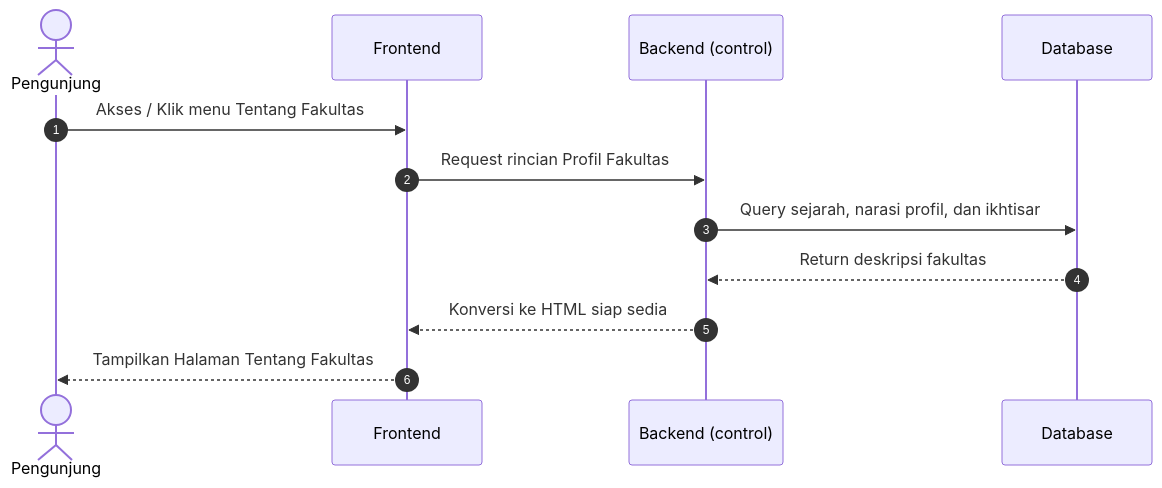
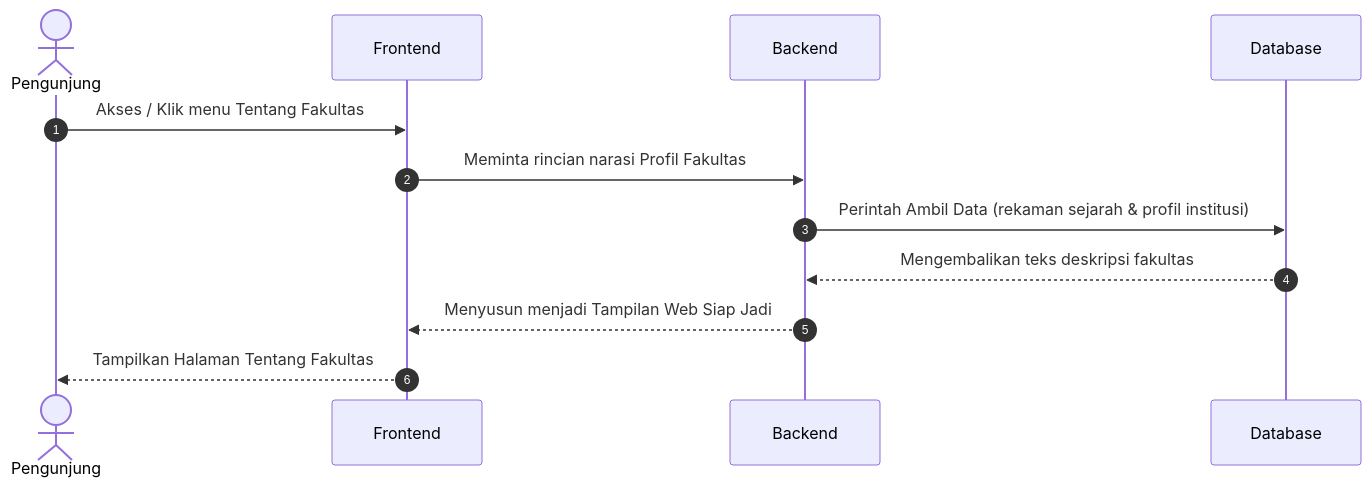
Before and after one commit to arbain-dev/Web_fikom: the fourth of 22 diagrams in docs/kumpulan_sequence_frontend.md, drawn with Mermaid. The commit also changed other lines of this file and 1 other file, not shown here.

Commit message:
docs: menyederhanakan bahasa teknikal (query, render, html, http, json) menjadi perbendaharaan operasional sederhana di diagram aktivitas public frontend

````diff
--- a/docs/kumpulan_sequence_frontend.md
+++ b/docs/kumpulan_sequence_frontend.md
@@ -67,18 +67,18 @@
 ```mermaid
 sequenceDiagram
     autonumber
     
     actor User as Pengunjung
-    participant Frontend
-    participant Backend as Backend (control)
-    participant DB as Database
+    participant Frontend as Frontend
+    participant Backend as Backend
+    participant Database as Database
 
     User->>Frontend: Akses / Klik menu Tentang Fakultas
-    Frontend->>Backend: Request rincian Profil Fakultas
+    Frontend->>Backend: Meminta rincian narasi Profil Fakultas
     
-    Backend->>DB: Query sejarah, narasi profil, dan ikhtisar
-    DB-->>Backend: Return deskripsi fakultas
+    Backend->>Database: Perintah Ambil Data (rekaman sejarah & profil institusi)
+    Database-->>Backend: Mengembalikan teks deskripsi fakultas
     
-    Backend-->>Frontend: Konversi ke HTML siap sedia
+    Backend-->>Frontend: Menyusun menjadi Tampilan Web Siap Jadi
     Frontend-->>User: Tampilkan Halaman Tentang Fakultas
 ```
````
